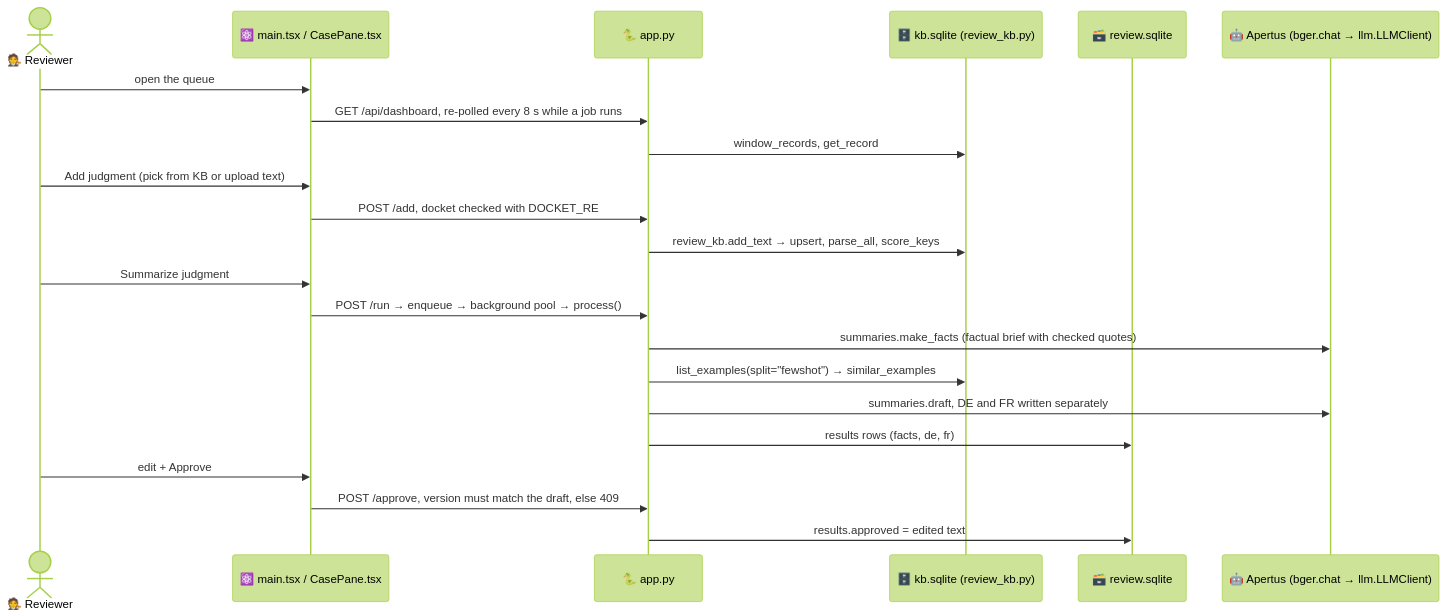
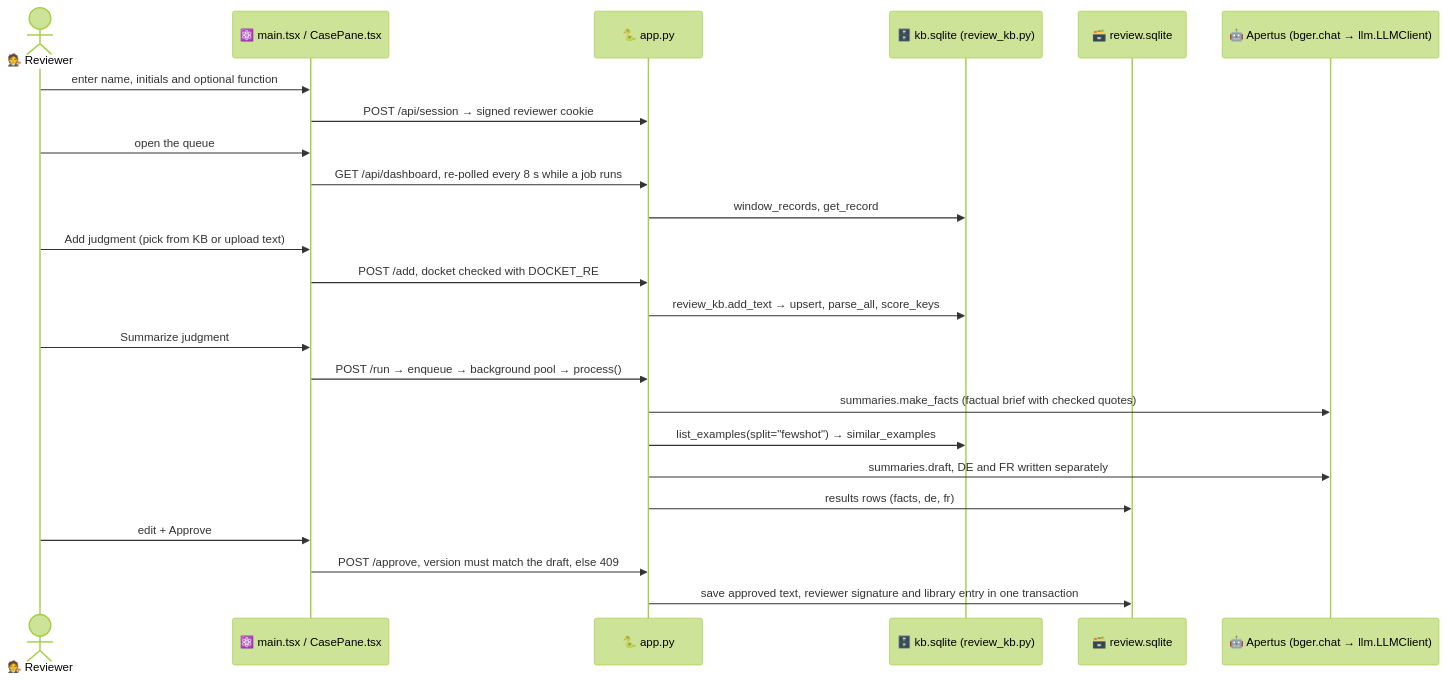
The fifth of 7 diagrams in ARCHITECTURE.md (ilaria-nissotti/hackapertus-suva-niki), drawn with Mermaid (forest theme) before and after one commit. The commit also changed other lines of this file and 2 other files, not shown here.

First line of the commit message:
test, docs: close the release-gate items for scoring and the new flows

````diff
--- a/ARCHITECTURE.md
+++ b/ARCHITECTURE.md
@@ -151,24 +151,26 @@
 ```mermaid
 sequenceDiagram
     actor R as 🧑‍⚖️ Reviewer
     participant UI as ⚛️ main.tsx / CasePane.tsx
     participant APP as 🐍 app.py
     participant KB as 🗄️ kb.sqlite (review_kb.py)
     participant RV as 🗃️ review.sqlite
     participant AI as 🤖 Apertus (bger.chat → llm.LLMClient)
+    R->>UI: enter name, initials and optional function
+    UI->>APP: POST /api/session → signed reviewer cookie
     R->>UI: open the queue
     UI->>APP: GET /api/dashboard, re-polled every 8 s while a job runs
     APP->>KB: window_records, get_record
     R->>UI: Add judgment (pick from KB or upload text)
     UI->>APP: POST /add, docket checked with DOCKET_RE
     APP->>KB: review_kb.add_text → upsert, parse_all, score_keys
     R->>UI: Summarize judgment
     UI->>APP: POST /run → enqueue → background pool → process()
     APP->>AI: summaries.make_facts (factual brief with checked quotes)
     APP->>KB: list_examples(split="fewshot") → similar_examples
     APP->>AI: summaries.draft, DE and FR written separately
     APP->>RV: results rows (facts, de, fr)
     R->>UI: edit + Approve
     UI->>APP: POST /approve, version must match the draft, else 409
-    APP->>RV: results.approved = edited text
+    APP->>RV: save approved text, reviewer signature and library entry in one transaction
 ```
````
